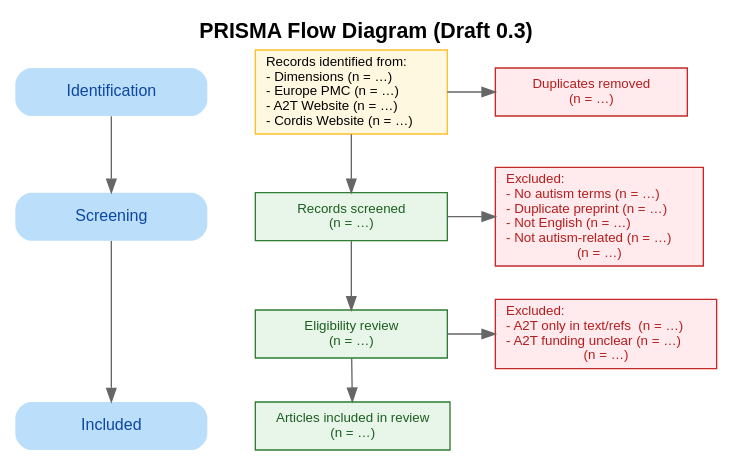
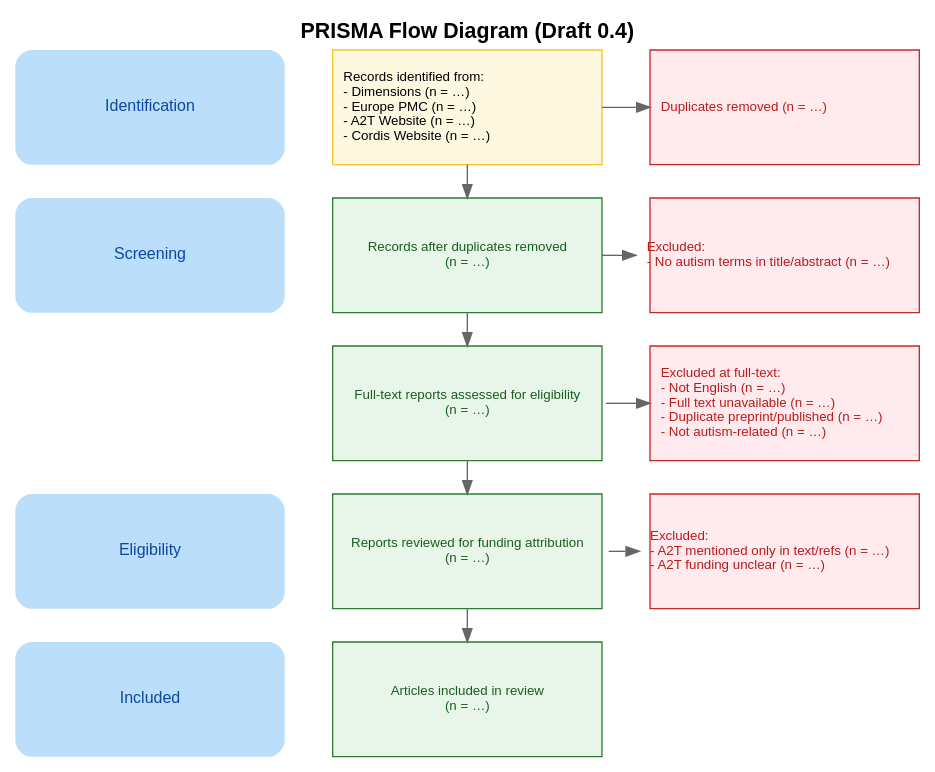
The diagram in corpus/AIMS-2-TRIALS/protocol/prisma_diagram/prisma_diagram.dot (cedric-detienne/Autistic-participatory-metrics), drawn with Graphviz before and after one commit.

```diff
--- a/corpus/AIMS-2-TRIALS/protocol/prisma_diagram/prisma_diagram.dot
+++ b/corpus/AIMS-2-TRIALS/protocol/prisma_diagram/prisma_diagram.dot
@@ -1,60 +1,60 @@
 digraph PRISMA2020 {
   /* ── Global settings ─────────────────────────────────────────────── */
-  rankdir = TB                           // Top-to-bottom layout
+  rankdir = TB
   labelloc = "t"
-  label = "PRISMA Flow Diagram (Draft 0.3)"
+  label = "PRISMA Flow Diagram (Draft 0.4)"
   fontsize = 16
   fontname = "Helvetica-Bold"
 
   nodesep = 0.5
   ranksep = 0.35
 
-  node [shape=box, fontname="Helvetica", fontsize=10, style=filled, width=2]
+  node [shape=box, fontname="Helvetica", fontsize=10, style=filled, width=2.8, fixedsize=true, height=1.2]
   edge [color=gray40]
 
-  /* ── Nodes — sources and flow ────────────────────────────────────── */
-  // Yellow box: record identification
-  R1 [label="Records identified from:\l- Dimensions (n = …)\l- Europe PMC (n = …)\l- A2T Website (n = …)\l- Cordis Website (n = …)\l", fillcolor="#fff8e1", color="#fbc02d"];
+  /* ── Main flow nodes (green) ─────────────────────────────────────── */
+  R1  [label="Records identified from:\l- Dimensions (n = …)\l- Europe PMC (n = …)\l- A2T Website (n = …)\l- Cordis Website (n = …)\l", fillcolor="#fff8e1", color="#fbc02d"];
+  R2  [label="Records after duplicates removed\n(n = …)",                    fillcolor="#e8f5e9", color="#2e7d32", fontcolor="#1b5e20"];
+  R3  [label="Full‑text reports assessed for eligibility\n(n = …)",          fillcolor="#e8f5e9", color="#2e7d32", fontcolor="#1b5e20"];
+  R4  [label="Reports reviewed for funding attribution\n(n = …)",                   fillcolor="#e8f5e9", color="#2e7d32", fontcolor="#1b5e20"];
+  R5  [label="Articles included in review\n(n = …)",                         fillcolor="#e8f5e9", color="#2e7d32", fontcolor="#1b5e20"];
 
-  // Green boxes: progression
-  R2 [label="Records screened\n(n = …)", fillcolor="#e8f5e9", color="#2e7d32", fontcolor="#1b5e20"];
-  R3 [label="Eligibility review\n(n = …)", fillcolor="#e8f5e9", color="#2e7d32", fontcolor="#1b5e20"];
-  R4 [label="Articles included in review\n(n = …)", fillcolor="#e8f5e9", color="#2e7d32", fontcolor="#1b5e20"];
+  /* ── Exclusion blocks (red) ──────────────────────────────────────── */
+  X1 [label="Duplicates removed (n = …)\l",                                       fillcolor="#ffebee", color="#c62828", fontcolor="#b71c1c"];
+  X2 [label="Excluded:\l- No autism terms in title/abstract (n = …)\l",          fillcolor="#ffebee", color="#c62828", fontcolor="#b71c1c"];
+  X3 [label="Excluded at full‑text:\l- Not English (n = …)\l- Full text unavailable (n = …)\l- Duplicate preprint/published (n = …)\l- Not autism‑related (n = …)\l", fillcolor="#ffebee", color="#c62828", fontcolor="#b71c1c"];
+  X4 [label="Excluded:\l- A2T mentioned only in text/refs (n = …)\l- A2T funding unclear (n = …)\l", fillcolor="#ffebee", color="#c62828", fontcolor="#b71c1c"];
 
-  /* ── Exclusion notes (right) ─────────────────────────────────────── */
-  Dup  [label="Duplicates removed\n(n = …)", fillcolor="#ffebee", color="#c62828", fontcolor="#b71c1c"];
-  Xscr [label="Excluded:\l- No autism terms (n = …)\l- Duplicate preprint (n = …)\l- Not English (n = …)\l- Not autism-related (n = …)\l(n = …)", fillcolor="#ffebee", color="#c62828", fontcolor="#b71c1c"];
-  Xelig [label="Excluded:\l- A2T only in text/refs  (n = …)\l- A2T funding unclear (n = …)\l(n = …)", fillcolor="#ffebee", color="#c62828", fontcolor="#b71c1c"];
-
-  /* ── Phase labels (left, blue) ───────────────────────────────────── */
+  /* ── Phase labels (blue, plaintext) ─────────────────────────────── */
   node [shape=plaintext, fontname="Helvetica", fontsize=12,
         fillcolor="#bbdefb", style="rounded,filled", color="#0d47a1", fontcolor="#0d47a1"]
   L1 [label="Identification"];
   L2 [label="Screening"];
-  L3 [label="Included"];
+  L3 [label="Eligibility"];
+  L4 [label="Included"];
 
-  L1 -> L2
-  L2 -> L3
+  /* ── Rank alignments ─────────────────────────────────────────────── */
+  { rank=same; L1; R1; X1 }
+  { rank=same;  L2;    R2; X2 }
+  { rank=same;    R3; X3 }
+  { rank=same; L3;   R4; X4 }
+  { rank=same; L4;   R5 }
 
-  /* ── Alignment ───────────────────────────────────────────────────── */
-  { rank=same; L1; R1; Dup }
-  { rank=same; L2; R2; Xscr }
-  { rank=same; R3; Xelig }
-  { rank=same; L3; R4 }
-
-  /* ── Flow arrows ─────────────────────────────────────────────────── */
+  /* ── Main flow arrows ───────────────────────────────────────────── */
   R1 -> R2
   R2 -> R3
   R3 -> R4
+  R4 -> R5
 
-  /* Invisible edges for alignment */
-R1:e -> Dup:w
-R2:e -> Xscr:w
-R3:e -> Xelig:w
+  /* ── Exclusion arrows (visible) ─────────────────────────────────── */
+  R1:e -> X1:w
+  R2:e -> X2:w
+  R3:e -> X3:w
+  R4:e -> X4:w
 
+  /* ── Invisible edges to align phase labels ──────────────────────── */
   L1 -> R1 [style=invis]
   L2 -> R2 [style=invis]
   L3 -> R4 [style=invis]
-
-
+  L4 -> R5 [style=invis]
 }
```
